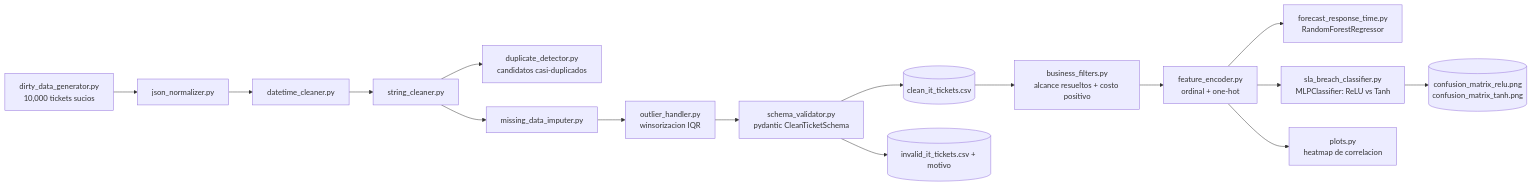
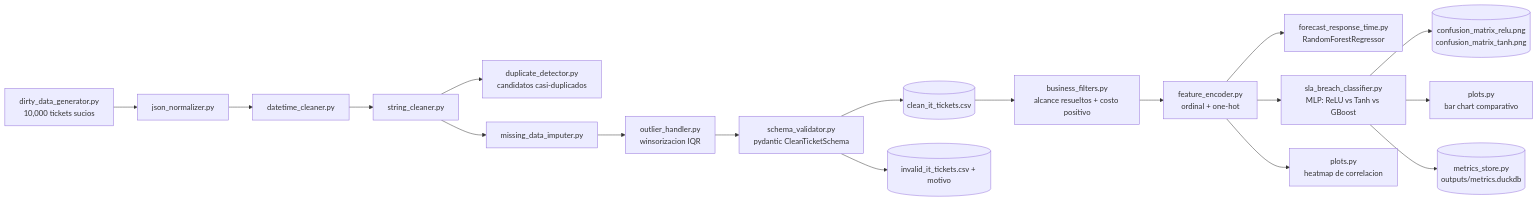
The diagram in README.es.md (Rxyxs/Limpieza_Datos), drawn with Mermaid before and after one commit. The commit also changed other lines of this file and 10 other files, not shown here.

First line of the commit message:
feat: add Gradient Boosting as a third SLA-breach model, comparison chart, and DuckDB metrics persistence

````diff
--- a/README.es.md
+++ b/README.es.md
@@ -38,18 +39,20 @@
 ```mermaid
 flowchart LR
     A[dirty_data_generator.py<br/>10,000 tickets sucios] --> B[json_normalizer.py]
     B --> C[datetime_cleaner.py]
     C --> D[string_cleaner.py]
     D --> E[duplicate_detector.py<br/>candidatos casi-duplicados]
     D --> F[missing_data_imputer.py]
     F --> G[outlier_handler.py<br/>winsorizacion IQR]
     G --> H["schema_validator.py<br/>pydantic CleanTicketSchema"]
     H --> I[(clean_it_tickets.csv)]
     H --> J[(invalid_it_tickets.csv + motivo)]
     I --> K[business_filters.py<br/>alcance resueltos + costo positivo]
     K --> L[feature_encoder.py<br/>ordinal + one-hot]
     L --> M["forecast_response_time.py<br/>RandomForestRegressor"]
-    L --> N["sla_breach_classifier.py<br/>MLPClassifier: ReLU vs Tanh"]
+    L --> N["sla_breach_classifier.py<br/>MLP: ReLU vs Tanh vs GBoost"]
     L --> O["plots.py<br/>heatmap de correlacion"]
     N --> P[(confusion_matrix_relu.png<br/>confusion_matrix_tanh.png)]
+    N --> Q["plots.py<br/>bar chart comparativo"]
+    N --> R[("metrics_store.py<br/>outputs/metrics.duckdb")]
 ```
````
